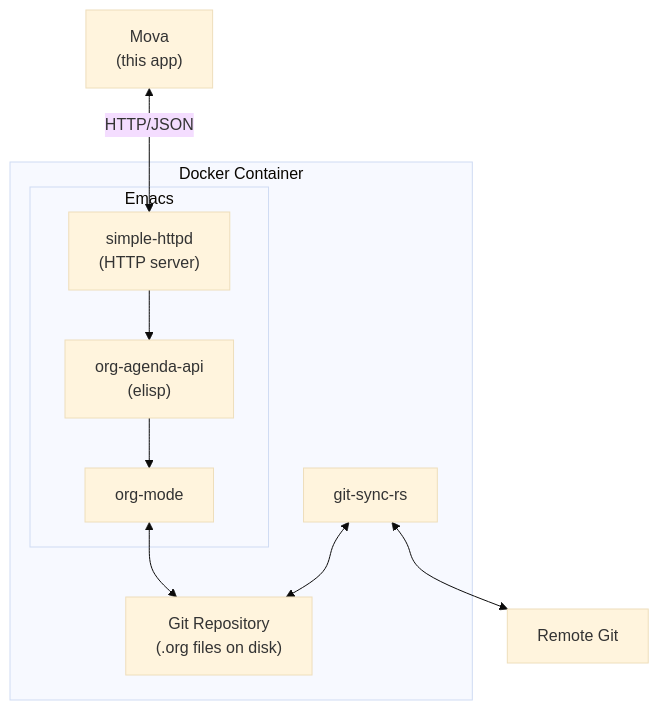
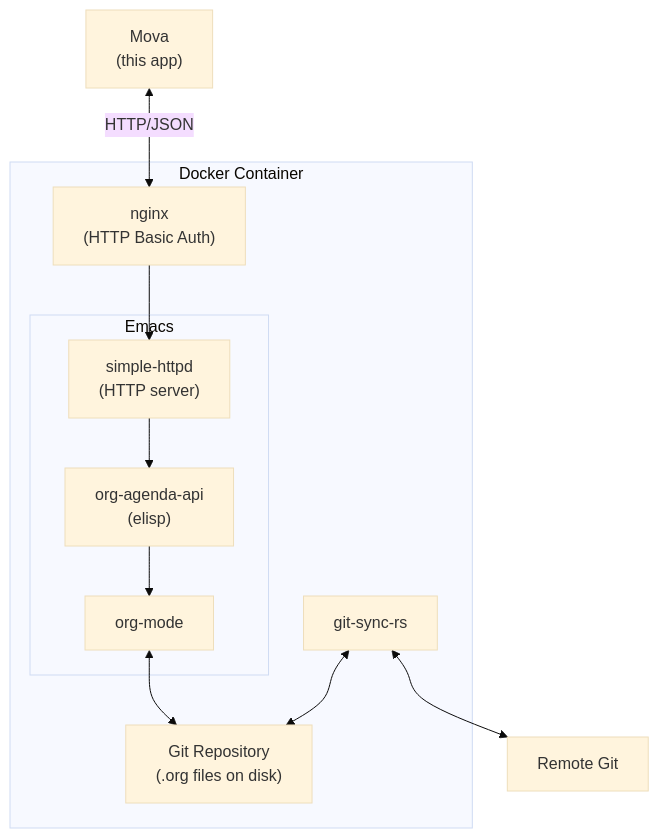
One commit to colonelpanic8/mova changed the diagram in README.org. Above: the diagram before and after it, drawn with Mermaid (base theme). The commit also changed other lines of this file and 1 other file, not shown here.

Commit message:
docs: add nginx to architecture diagram
nginx handles HTTP Basic Auth and proxies requests to Emacs/simple-httpd.

```diff
--- a/README.org
+++ b/README.org
@@ -25,20 +25,22 @@
 #+begin_src mermaid :file architecture.png
 flowchart TB
     subgraph Docker["Docker Container"]
+        nginx["nginx<br/>(HTTP Basic Auth)"]
         subgraph Emacs
             httpd["simple-httpd<br/>(HTTP server)"]
             api["org-agenda-api<br/>(elisp)"]
             org["org-mode"]
             httpd --> api --> org
         end
         repo["Git Repository<br/>(.org files on disk)"]
         sync["git-sync-rs"]
+        nginx --> httpd
         org <--> repo
         sync <--> repo
     end
     remote["Remote Git"]
     mova["Mova<br/>(this app)"]
 
     sync <--> remote
-    mova <-->|HTTP/JSON| httpd
+    mova <-->|HTTP/JSON| nginx
 #+end_src
```
